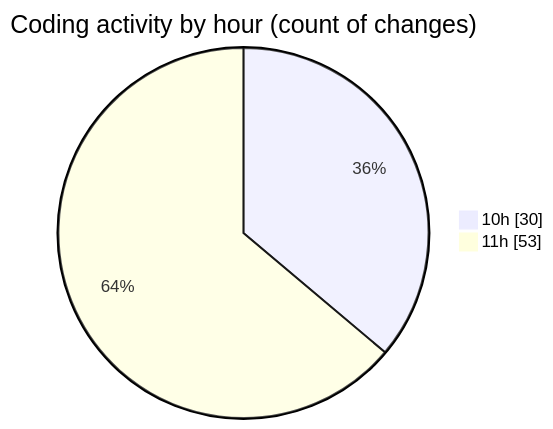
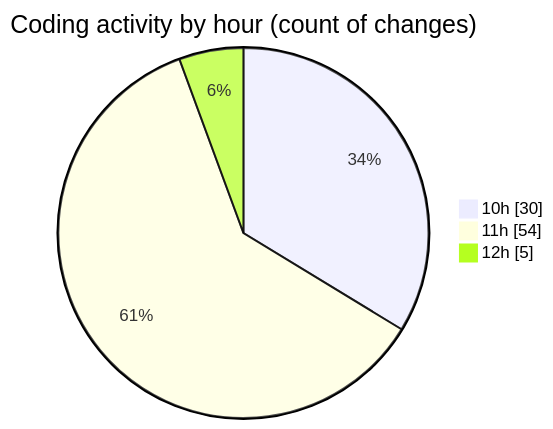
The second of 2 diagrams in 2025-05-01/cda/README.md (momahboobian/code-tracking), drawn with Mermaid before and after one commit. The commit also changed other lines of this file and 1 other file, not shown here.

````diff
--- a/2025-05-01/cda/README.md
+++ b/2025-05-01/cda/README.md
@@ -38,6 +39,7 @@
 ```mermaid
 pie showData
 title Coding activity by hour (count of changes)
 "10h" : 30
-"11h" : 53
+"11h" : 54
+"12h" : 5
 ```
````
